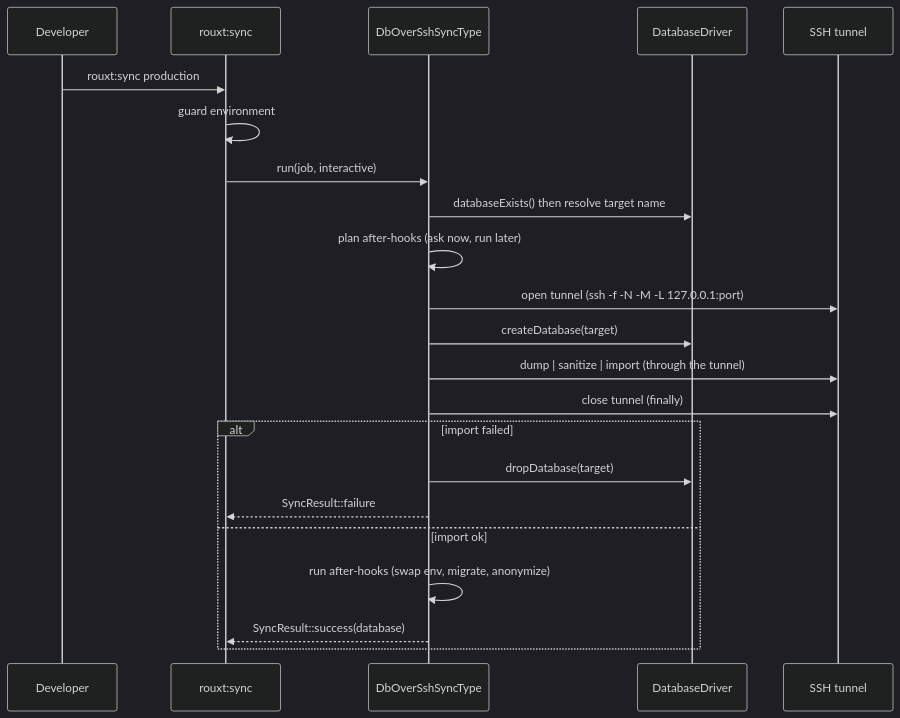
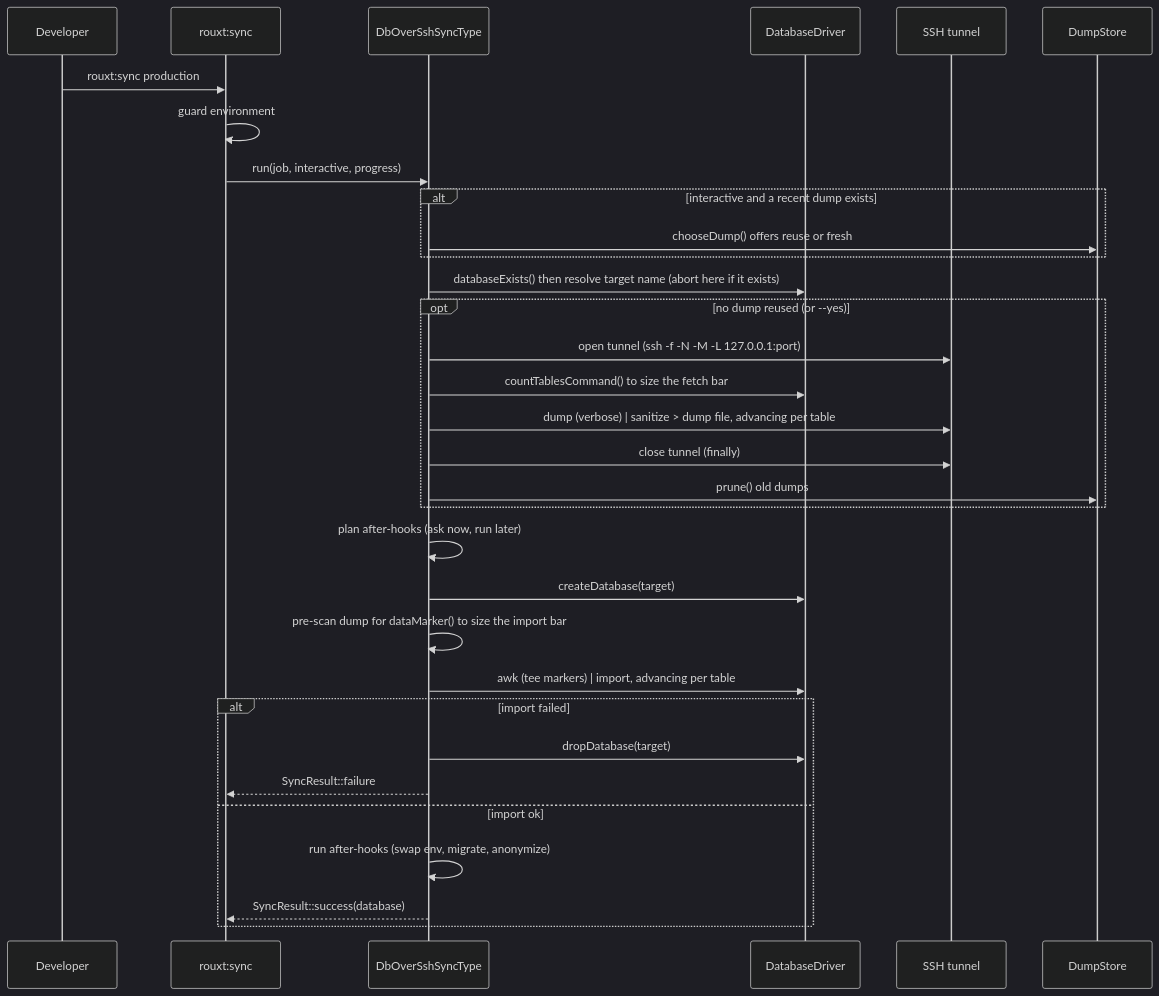
The second of 3 diagrams in docs/claude/architecture.md (RouxtAccess/laravel-sync), drawn with Mermaid (dark theme) before and after one commit. The commit also changed other lines of this file and 34 other files, not shown here.

First line of the commit message:
Add cached dumps and live progress to database syncs (3.0.0)

````diff
--- a/docs/claude/architecture.md
+++ b/docs/claude/architecture.md
@@ -43,25 +48,35 @@
 ```mermaid
 sequenceDiagram
     participant Dev as Developer
     participant Cmd as rouxt:sync
     participant Type as DbOverSshSyncType
     participant Drv as DatabaseDriver
     participant Ssh as SSH tunnel
+    participant Store as DumpStore
 
     Dev->>Cmd: rouxt:sync production
     Cmd->>Cmd: guard environment
-    Cmd->>Type: run(job, interactive)
-    Type->>Drv: databaseExists() then resolve target name
+    Cmd->>Type: run(job, interactive, progress)
+    alt interactive and a recent dump exists
+        Type->>Store: chooseDump() offers reuse or fresh
+    end
+    Type->>Drv: databaseExists() then resolve target name (abort here if it exists)
+    opt no dump reused (or --yes)
+        Type->>Ssh: open tunnel (ssh -f -N -M -L 127.0.0.1:port)
+        Type->>Drv: countTablesCommand() to size the fetch bar
+        Type->>Ssh: dump (verbose) | sanitize > dump file, advancing per table
+        Type->>Ssh: close tunnel (finally)
+        Type->>Store: prune() old dumps
+    end
     Type->>Type: plan after-hooks (ask now, run later)
-    Type->>Ssh: open tunnel (ssh -f -N -M -L 127.0.0.1:port)
     Type->>Drv: createDatabase(target)
-    Type->>Ssh: dump | sanitize | import (through the tunnel)
-    Type->>Ssh: close tunnel (finally)
+    Type->>Type: pre-scan dump for dataMarker() to size the import bar
+    Type->>Drv: awk (tee markers) | import, advancing per table
     alt import failed
         Type->>Drv: dropDatabase(target)
         Type-->>Cmd: SyncResult::failure
     else import ok
         Type->>Type: run after-hooks (swap env, migrate, anonymize)
         Type-->>Cmd: SyncResult::success(database)
     end
 ```
````
